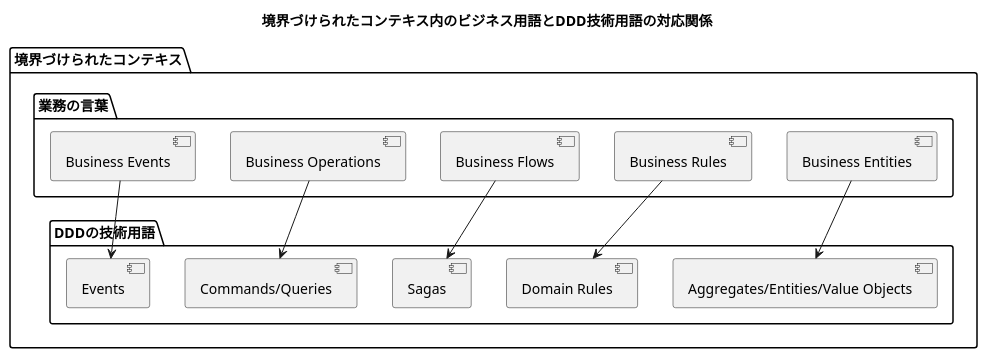
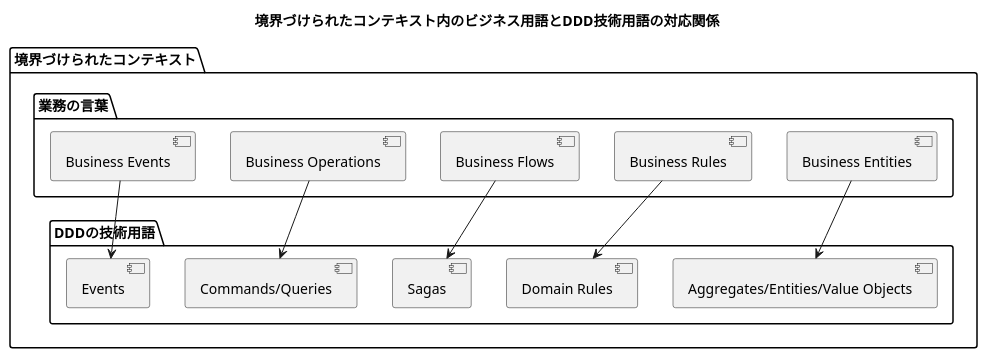
One commit to k2works/zen-docs changed the diagram in puml/c2fbee1b884f10/diagram-05.puml. Above: the diagram before and after it, drawn with PlantUML. The commit also changed 11 other files, not shown here.

First line of the commit message:
fix: CRLF の Markdown で plantuml ブロックを検出できるようにする

```diff
--- a/puml/c2fbee1b884f10/diagram-05.puml
+++ b/puml/c2fbee1b884f10/diagram-05.puml
@@ -1,26 +1,26 @@
 @startuml
-title 境界づけられたコンテキス内のビジネス用語とDDD技術用語の対応関係
+title 境界づけられたコンテキスト内のビジネス用語とDDD技術用語の対応関係
 
-package 境界づけられたコンテキス {
+package 境界づけられたコンテキスト {
 package 業務の言葉 {
     [Business Entities]
     [Business Rules]
     [Business Flows]
     [Business Operations]
     [Business Events]
 }
 package DDDの技術用語 {
     [Aggregates/Entities/Value Objects]
     [Domain Rules]
     [Sagas]
     [Commands/Queries]
     [Events]
 }
 
 [Business Entities] --> [Aggregates/Entities/Value Objects]
 [Business Rules] --> [Domain Rules]
 [Business Flows] --> [Sagas]
 [Business Operations] --> [Commands/Queries]
 [Business Events] --> [Events]
 
 @enduml
```
